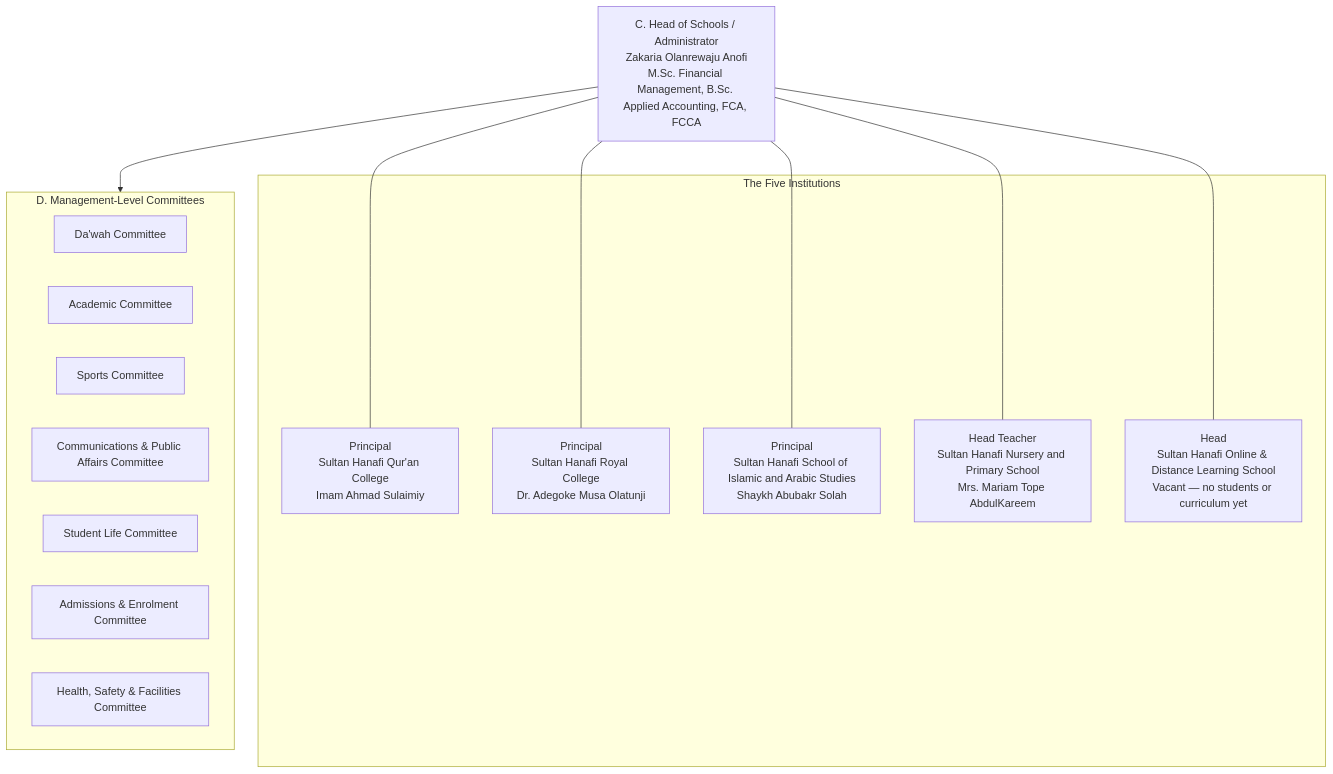
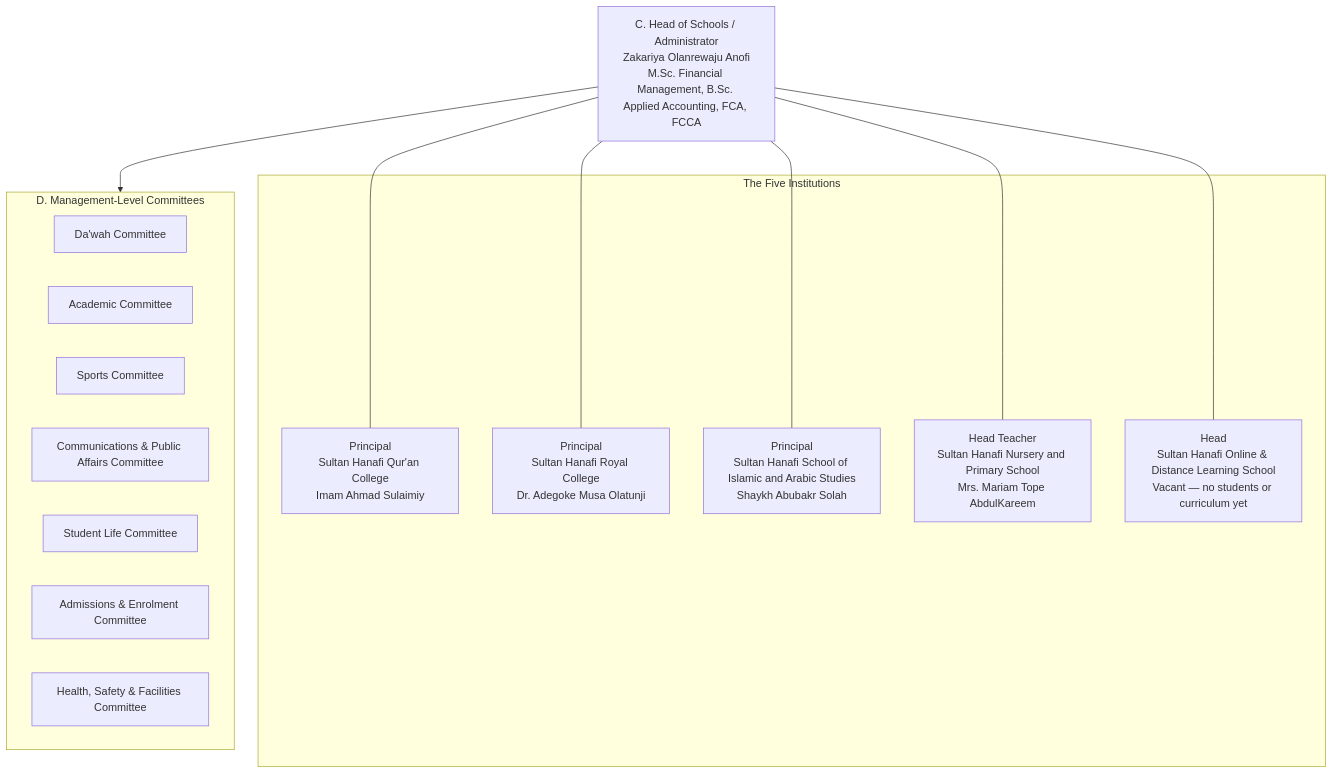
The third of 4 diagrams in docs/organisational-structure-manual.md (ahmadsulaimiy1/Sultan-), drawn with Mermaid before and after one commit. The commit also changed other lines of this file and 50 other files, not shown here.

````diff
--- a/docs/organisational-structure-manual.md
+++ b/docs/organisational-structure-manual.md
@@ -177,29 +177,29 @@
 ```mermaid
 flowchart TD
-  HoS["C. Head of Schools / Administrator<br/>Zakaria Olanrewaju Anofi<br/>M.Sc. Financial Management, B.Sc. Applied Accounting, FCA, FCCA"]
+  HoS["C. Head of Schools / Administrator<br/>Zakariya Olanrewaju Anofi<br/>M.Sc. Financial Management, B.Sc. Applied Accounting, FCA, FCCA"]
 
   subgraph Institutions["The Five Institutions"]
     P1["Principal<br/>Sultan Hanafi Qur'an College<br/>Imam Ahmad Sulaimiy"]
     P2["Principal<br/>Sultan Hanafi Royal College<br/>Dr. Adegoke Musa Olatunji"]
     P3["Principal<br/>Sultan Hanafi School of Islamic and Arabic Studies<br/>Shaykh Abubakr Solah"]
     P4["Head Teacher<br/>Sultan Hanafi Nursery and Primary School<br/>Mrs. Mariam Tope AbdulKareem"]
     P5["Head<br/>Sultan Hanafi Online &amp; Distance Learning School<br/>Vacant — no students or curriculum yet"]
   end
 
   subgraph D["D. Management-Level Committees"]
     DW["Da'wah Committee"]
     AC["Academic Committee"]
     SP["Sports Committee"]
     CPA["Communications &amp; Public Affairs Committee"]
     SL["Student Life Committee"]
     AE["Admissions &amp; Enrolment Committee"]
     HSF["Health, Safety &amp; Facilities Committee"]
   end
 
   HoS --- P1
   HoS --- P2
   HoS --- P3
   HoS --- P4
   HoS --- P5
   HoS --> D
 ```
````
